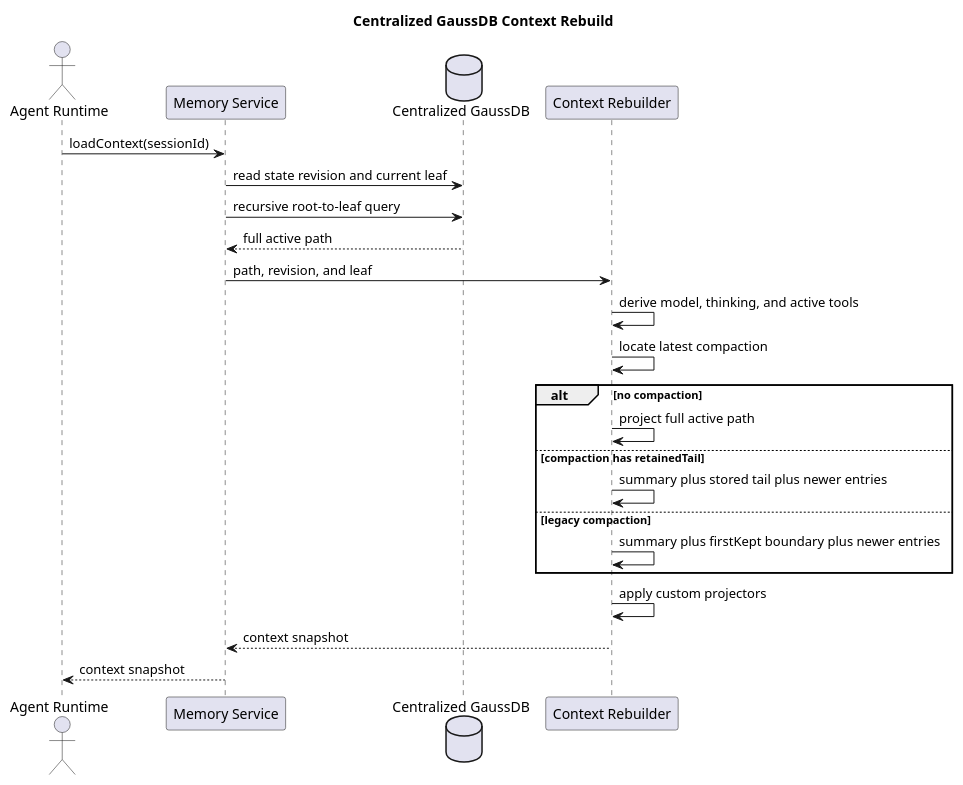
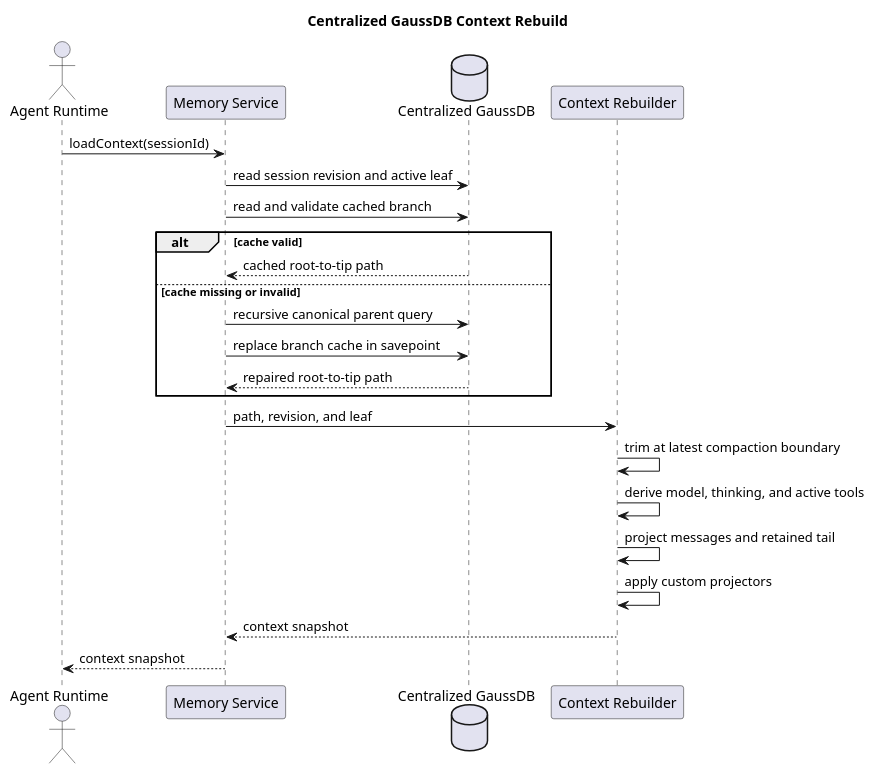
Before and after one commit to superheromeZzh/pi-mono-java-design: the fourth of 4 diagrams in diagrams/memory/diagram.puml, drawn with PlantUML. The commit also changed other lines of this file and 5 other files, not shown here.

Commit message:
docs(memory): align GaussDB design with SQLite

```diff
--- a/diagrams/memory/diagram.puml
+++ b/diagrams/memory/diagram.puml
@@ -219,36 +265,38 @@
 @startuml memory-context-rebuild
 title Centralized GaussDB Context Rebuild
+skinparam backgroundColor #FFFFFF
 
 ' Source evidence:
-' - badlogic/pi-mono@fc85bdd88be93b1e9a6b6bcfa41c684282ec79cc
+' - badlogic/pi-mono@f0deb8dd8e9611e89b5bc4145ca92c03ae6ed4ee
 ' - packages/agent/src/harness/session/session.ts: defaultContextEntryTransform
 ' - packages/agent/src/harness/session/session.ts: sessionEntryToContextMessages
 ' - packages/agent/src/harness/types.ts: CompactionEntry
-' Observed behavior: pi rebuilds context from the active path and latest compaction.
-' Design reason: fetch the full path so branch-scoped model, thinking, and tools remain visible.
-' Java divergence: GaussDB obtains the path with a recursive CTE and a durable leaf.
+' - packages/storage/sqlite-node/src/sqlite/storage/index.ts: readPathToRootOrCompaction
+' Observed behavior: pi derives context from the compaction-trimmed branch path.
+' Design reason: preserve current SQLite cache, repair, and context-boundary semantics.
+' Java divergence: GaussDB adds a durable revision and uses recursive CTE only to repair the cache.
 
 actor "Agent Runtime" as runtime
 participant "Memory Service" as memory
 database "Centralized GaussDB" as db
 participant "Context Rebuilder" as rebuild
 
 runtime -> memory : loadContext(sessionId)
-memory -> db : read state revision and current leaf
-memory -> db : recursive root-to-leaf query
-db --> memory : full active path
+memory -> db : read session revision and active leaf
+memory -> db : read and validate cached branch
+alt cache valid
+  db --> memory : cached root-to-tip path
+else cache missing or invalid
+  memory -> db : recursive canonical parent query
+  memory -> db : replace branch cache in savepoint
+  db --> memory : repaired root-to-tip path
+end
 memory -> rebuild : path, revision, and leaf
+rebuild -> rebuild : trim at latest compaction boundary
 rebuild -> rebuild : derive model, thinking, and active tools
-rebuild -> rebuild : locate latest compaction
-alt no compaction
-  rebuild -> rebuild : project full active path
-else compaction has retainedTail
-  rebuild -> rebuild : summary plus stored tail plus newer entries
-else legacy compaction
-  rebuild -> rebuild : summary plus firstKept boundary plus newer entries
-end
+rebuild -> rebuild : project messages and retained tail
 rebuild -> rebuild : apply custom projectors
 rebuild --> memory : context snapshot
 memory --> runtime : context snapshot
 
 @enduml
```
